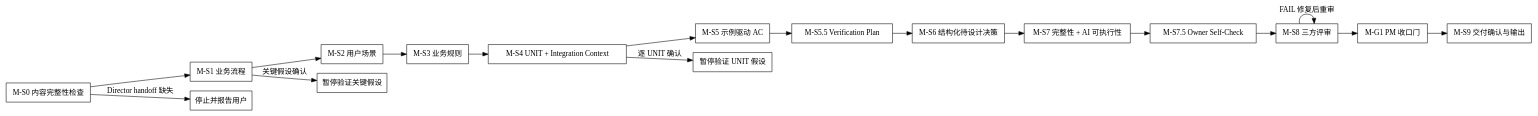
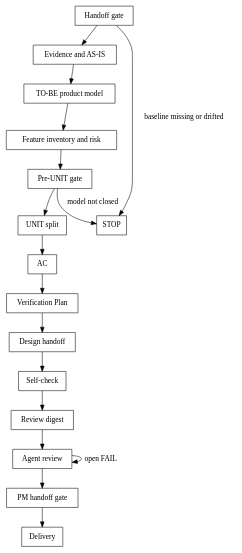
Before and after one commit to jieli-cqwl/org-claude-skills: the diagram in shared/skills/product-manager/SKILL.md, drawn with Graphviz. The commit also changed other lines of this file and 78 other files, not shown here.

````diff
--- a/shared/skills/product-manager/SKILL.md
+++ b/shared/skills/product-manager/SKILL.md
@@ -81,22 +50,22 @@
 ```dot
 digraph product_manager_flow {
-  rankdir=LR;
+  rankdir=TB;
   node [shape=box];
-  "M-S0 内容完整性检查" -> "M-S1 业务流程";
-  "M-S1 业务流程" -> "M-S2 用户场景";
-  "M-S2 用户场景" -> "M-S3 业务规则";
-  "M-S3 业务规则" -> "M-S4 UNIT + Integration Context";
-  "M-S4 UNIT + Integration Context" -> "M-S5 示例驱动 AC";
-  "M-S5 示例驱动 AC" -> "M-S5.5 Verification Plan";
-  "M-S5.5 Verification Plan" -> "M-S6 结构化待设计决策";
-  "M-S6 结构化待设计决策" -> "M-S7 完整性 + AI 可执行性";
-  "M-S7 完整性 + AI 可执行性" -> "M-S7.5 Owner Self-Check";
-  "M-S7.5 Owner Self-Check" -> "M-S8 三方评审";
-  "M-S8 三方评审" -> "M-G1 PM 收口门";
-  "M-G1 PM 收口门" -> "M-S9 交付确认与输出";
-  "M-S0 内容完整性检查" -> "停止并报告用户" [label="Director handoff 缺失"];
-  "M-S1 业务流程" -> "暂停验证关键假设" [label="关键假设确认"];
-  "M-S4 UNIT + Integration Context" -> "暂停验证 UNIT 假设" [label="逐 UNIT 确认"];
-  "M-S8 三方评审" -> "M-S8 三方评审" [label="FAIL 修复后重审"];
+  "Handoff gate" -> "Evidence and AS-IS";
+  "Evidence and AS-IS" -> "TO-BE product model";
+  "TO-BE product model" -> "Feature inventory and risk";
+  "Feature inventory and risk" -> "Pre-UNIT gate";
+  "Pre-UNIT gate" -> "UNIT split";
+  "UNIT split" -> "AC";
+  "AC" -> "Verification Plan";
+  "Verification Plan" -> "Design handoff";
+  "Design handoff" -> "Self-check";
+  "Self-check" -> "Review digest";
+  "Review digest" -> "Agent review";
+  "Agent review" -> "PM handoff gate";
+  "PM handoff gate" -> "Delivery";
+  "Handoff gate" -> "STOP" [label="baseline missing or drifted"];
+  "Pre-UNIT gate" -> "STOP" [label="model not closed"];
+  "Agent review" -> "Agent review" [label="open FAIL"];
 }
 ```
````
